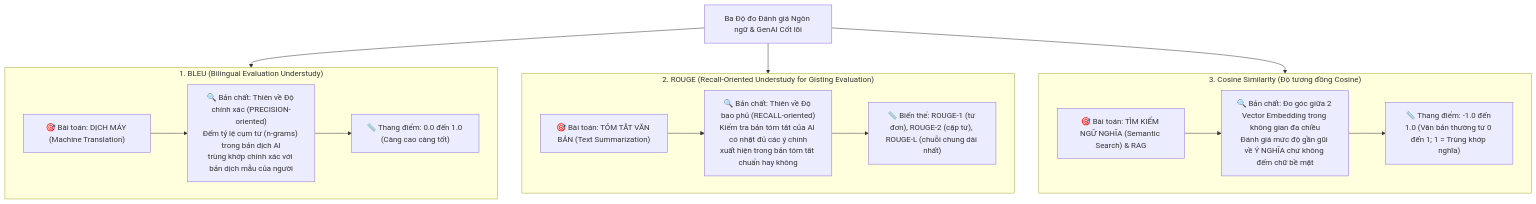
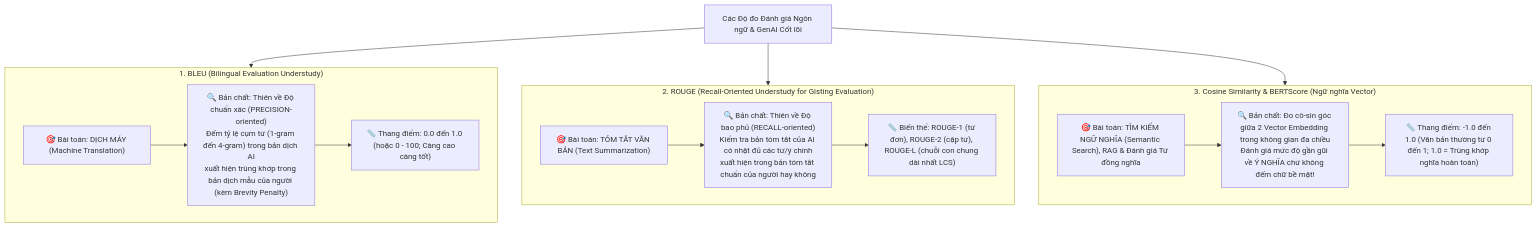
Before and after one commit to nxthanh2904/nca-genl: the fourth of 5 diagrams in Module_05_Model_Selection.md, drawn with Mermaid. The commit also changed other lines of this file and 11 other files, not shown here.

````diff
--- a/Module_05_Model_Selection.md
+++ b/Module_05_Model_Selection.md
@@ -99,27 +154,27 @@
 ```mermaid
 flowchart TD
-    Metrics["Ba Độ đo Đánh giá Ngôn ngữ & GenAI Cốt lõi"]
+    Metrics["Các Độ đo Đánh giá Ngôn ngữ & GenAI Cốt lõi"]
     
     subgraph M1["1. BLEU (Bilingual Evaluation Understudy)"]
         B1["🎯 Bài toán: DỊCH MÁY (Machine Translation)"]
-        B2["🔍 Bản chất: Thiên về Độ chính xác (PRECISION-oriented)<br/>Đếm tỷ lệ cụm từ (n-grams) trong bản dịch AI<br/>trùng khớp chính xác với bản dịch mẫu của người"]
-        B3["📏 Thang điểm: 0.0 đến 1.0 (Càng cao càng tốt)"]
+        B2["🔍 Bản chất: Thiên về Độ chuẩn xác (PRECISION-oriented)<br/>Đếm tỷ lệ cụm từ (1-gram đến 4-gram) trong bản dịch AI<br/>xuất hiện trùng khớp trong bản dịch mẫu của người (kèm Brevity Penalty)"]
+        B3["📏 Thang điểm: 0.0 đến 1.0 (hoặc 0 - 100; Càng cao càng tốt)"]
         B1 --> B2 --> B3
     end
 
     subgraph M2["2. ROUGE (Recall-Oriented Understudy for Gisting Evaluation)"]
         R1["🎯 Bài toán: TÓM TẮT VĂN BẢN (Text Summarization)"]
-        R2["🔍 Bản chất: Thiên về Độ bao phủ (RECALL-oriented)<br/>Kiểm tra bản tóm tắt của AI có nhặt đủ các ý chính<br/>xuất hiện trong bản tóm tắt chuẩn hay không"]
-        R3["📏 Biến thể: ROUGE-1 (từ đơn), ROUGE-2 (cặp từ), ROUGE-L (chuỗi chung dài nhất)"]
+        R2["🔍 Bản chất: Thiên về Độ bao phủ (RECALL-oriented)<br/>Kiểm tra bản tóm tắt của AI có nhặt đủ các từ/ý chính<br/>xuất hiện trong bản tóm tắt chuẩn của người hay không"]
+        R3["📏 Biến thể: ROUGE-1 (từ đơn), ROUGE-2 (cặp từ), ROUGE-L (chuỗi con chung dài nhất LCS)"]
         R1 --> R2 --> R3
     end
 
-    subgraph M3["3. Cosine Similarity (Độ tương đồng Cosine)"]
-        C1["🎯 Bài toán: TÌM KIẾM NGỮ NGHĨA (Semantic Search) & RAG"]
-        C2["🔍 Bản chất: Đo góc giữa 2 Vector Embedding trong không gian đa chiều<br/>Đánh giá mức độ gần gũi về Ý NGHĨA chứ không đếm chữ bề mặt"]
-        C3["📏 Thang điểm: -1.0 đến 1.0 (Văn bản thường từ 0 đến 1; 1 = Trùng khớp nghĩa)"]
+    subgraph M3["3. Cosine Similarity & BERTScore (Ngữ nghĩa Vector)"]
+        C1["🎯 Bài toán: TÌM KIẾM NGỮ NGHĨA (Semantic Search), RAG & Đánh giá Từ đồng nghĩa"]
+        C2["🔍 Bản chất: Đo cô-sin góc giữa 2 Vector Embedding trong không gian đa chiều<br/>Đánh giá mức độ gần gũi về Ý NGHĨA chứ không đếm chữ bề mặt!"]
+        C3["📏 Thang điểm: -1.0 đến 1.0 (Văn bản thường từ 0 đến 1; 1.0 = Trùng khớp nghĩa hoàn toàn)"]
         C1 --> C2 --> C3
     end
 
     Metrics --> M1 & M2 & M3
 ```
````
